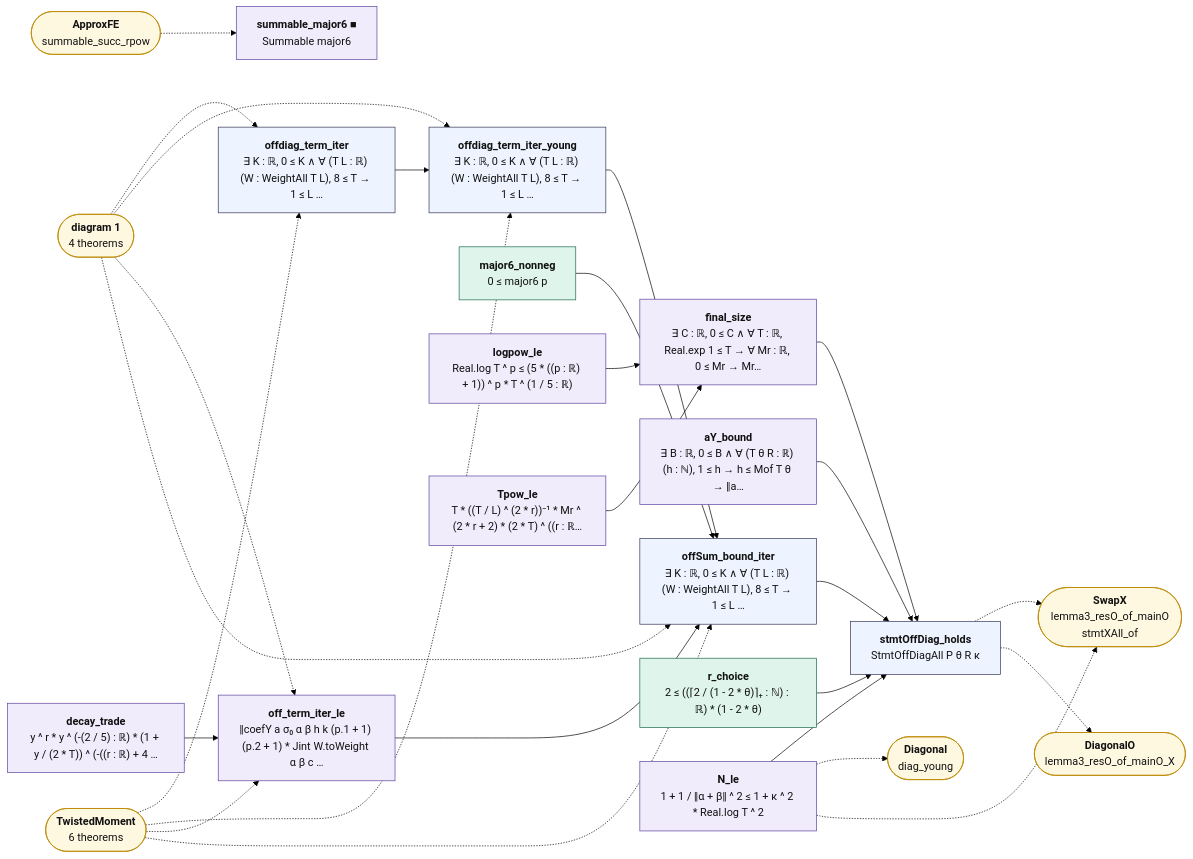
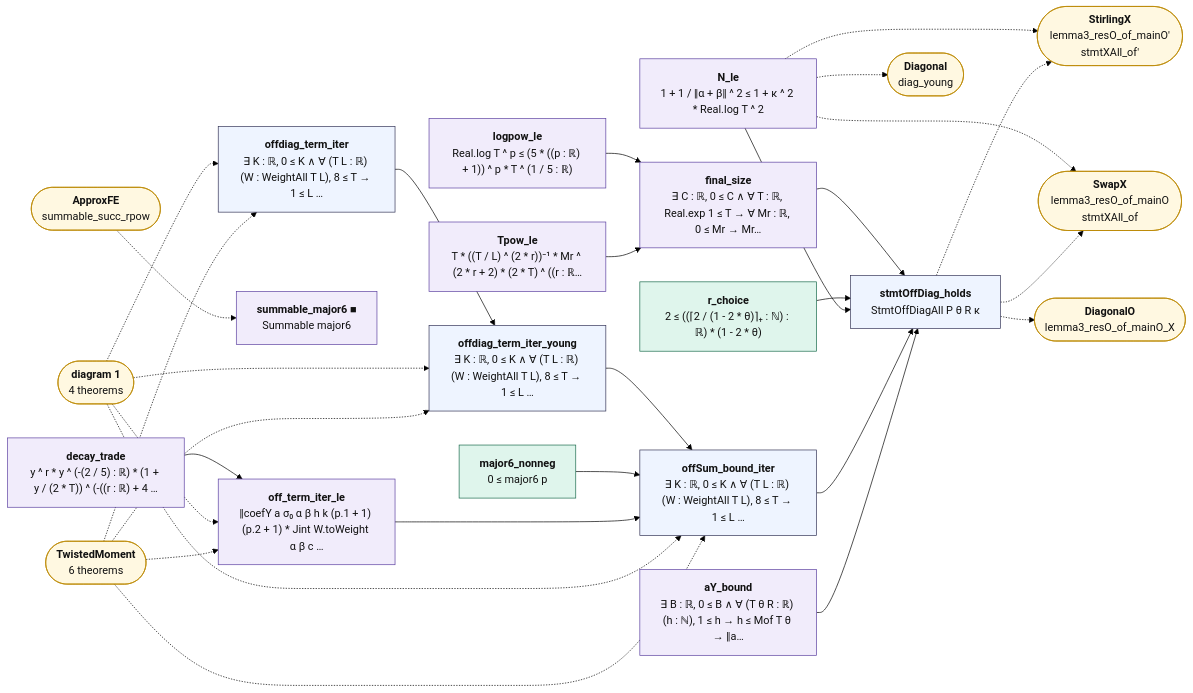
The second of 2 diagrams in map/lean_stage3/OffDiagClose.md (juliansambranojr/Primebeat_081426), drawn with Mermaid (forest theme) before and after one commit. The commit also changed other lines of this file and 21 other files, not shown here.

````diff
--- a/map/lean_stage3/OffDiagClose.md
+++ b/map/lean_stage3/OffDiagClose.md
@@ -99,56 +99,59 @@
 ```mermaid
 flowchart LR
   n0["<b>offdiag_term_iter</b><br/>∃ K : ℝ, 0 ≤ K ∧ ∀ (T L : ℝ) (W : WeightAll T L), 8 ≤ T → 1 ≤ L …"]:::thm
   n1["<b>offdiag_term_iter_young</b><br/>∃ K : ℝ, 0 ≤ K ∧ ∀ (T L : ℝ) (W : WeightAll T L), 8 ≤ T → 1 ≤ L …"]:::thm
   n2["<b>major6_nonneg</b><br/>0 ≤ major6 p"]:::cnt
   n3["<b>summable_major6 ■</b><br/>Summable major6"]:::shp
   n4["<b>decay_trade</b><br/>y ^ r * y ^ (-(2 / 5) : ℝ) * (1 + y / (2 * T)) ^ (-((r : ℝ) + 4 …"]:::shp
   n5["<b>off_term_iter_le</b><br/>‖coefY a σ₀ α β h k (p.1 + 1) (p.2 + 1) * Jint W.toWeight α β c …"]:::shp
   n6["<b>offSum_bound_iter</b><br/>∃ K : ℝ, 0 ≤ K ∧ ∀ (T L : ℝ) (W : WeightAll T L), 8 ≤ T → 1 ≤ L …"]:::thm
   n7["<b>aY_bound</b><br/>∃ B : ℝ, 0 ≤ B ∧ ∀ (T θ R : ℝ) (h : ℕ), 1 ≤ h → h ≤ Mof T θ → ‖a…"]:::shp
   n8["<b>logpow_le</b><br/>Real.log T ^ p ≤ (5 * ((p : ℝ) + 1)) ^ p * T ^ (1 / 5 : ℝ)"]:::shp
   n9["<b>Tpow_le</b><br/>T * ((T / L) ^ (2 * r))⁻¹ * Mr ^ (2 * r + 2) * (2 * T) ^ ((r : ℝ…"]:::shp
   n10["<b>final_size</b><br/>∃ C : ℝ, 0 ≤ C ∧ ∀ T : ℝ, Real.exp 1 ≤ T → ∀ Mr : ℝ, 0 ≤ Mr → Mr…"]:::shp
   n11["<b>r_choice</b><br/>2 ≤ ((⌈2 / (1 - 2 * θ)⌉₊ : ℕ) : ℝ) * (1 - 2 * θ)"]:::cnt
   n12["<b>N_le</b><br/>1 + 1 / ‖α + β‖ ^ 2 ≤ 1 + κ ^ 2 * Real.log T ^ 2"]:::shp
   n13["<b>stmtOffDiag_holds</b><br/>StmtOffDiagAll P θ R κ"]:::thm
   x0(["<b>diagram 1</b><br/>4 theorems"]):::ext
   x1(["<b>TwistedMoment</b><br/>6 theorems"]):::ext
   x2(["<b>ApproxFE</b><br/>summable_succ_rpow"]):::ext
   x3(["<b>Diagonal</b><br/>diag_young"]):::ext
-  x4(["<b>SwapX</b><br/>lemma3_resO_of_mainO<br/>stmtXAll_of"]):::ext
-  x5(["<b>DiagonalO</b><br/>lemma3_resO_of_mainO_X"]):::ext
+  x4(["<b>StirlingX</b><br/>lemma3_resO_of_mainO'<br/>stmtXAll_of'"]):::ext
+  x5(["<b>SwapX</b><br/>lemma3_resO_of_mainO<br/>stmtXAll_of"]):::ext
+  x6(["<b>DiagonalO</b><br/>lemma3_resO_of_mainO_X"]):::ext
   n0 --> n1
   n1 --> n6
   n10 --> n13
   n11 --> n13
   n12 --> n13
   n2 --> n6
   n4 --> n5
   n5 --> n6
   n6 --> n13
   n7 --> n13
   n8 --> n10
   n9 --> n10
   n12 -.-> x3
   n12 -.-> x4
+  n12 -.-> x5
   n13 -.-> x4
   n13 -.-> x5
+  n13 -.-> x6
   x0 -.-> n0
   x0 -.-> n1
   x0 -.-> n5
   x0 -.-> n6
   x1 -.-> n0
   x1 -.-> n1
   x1 -.-> n5
   x1 -.-> n6
   x2 -.-> n3
   classDef cnt fill:#dff5ec,stroke:#17694a,color:#111
   classDef shp fill:#f1ecfb,stroke:#5b3fa0,color:#111
   classDef rh fill:#ffe5e5,stroke:#c22,color:#111,stroke-width:2px
   classDef thm fill:#eef4ff,stroke:#335,color:#111
   classDef end_ fill:#e7f7e7,stroke:#2a7,color:#111,stroke-width:2px
   classDef lone fill:#fff,stroke:#999,color:#111,stroke-dasharray:4 3
   classDef bad fill:#ffe5e5,stroke:#c22,color:#111,stroke-width:2px
   classDef ext fill:#fff8e1,stroke:#b80,color:#111
 ```
````
